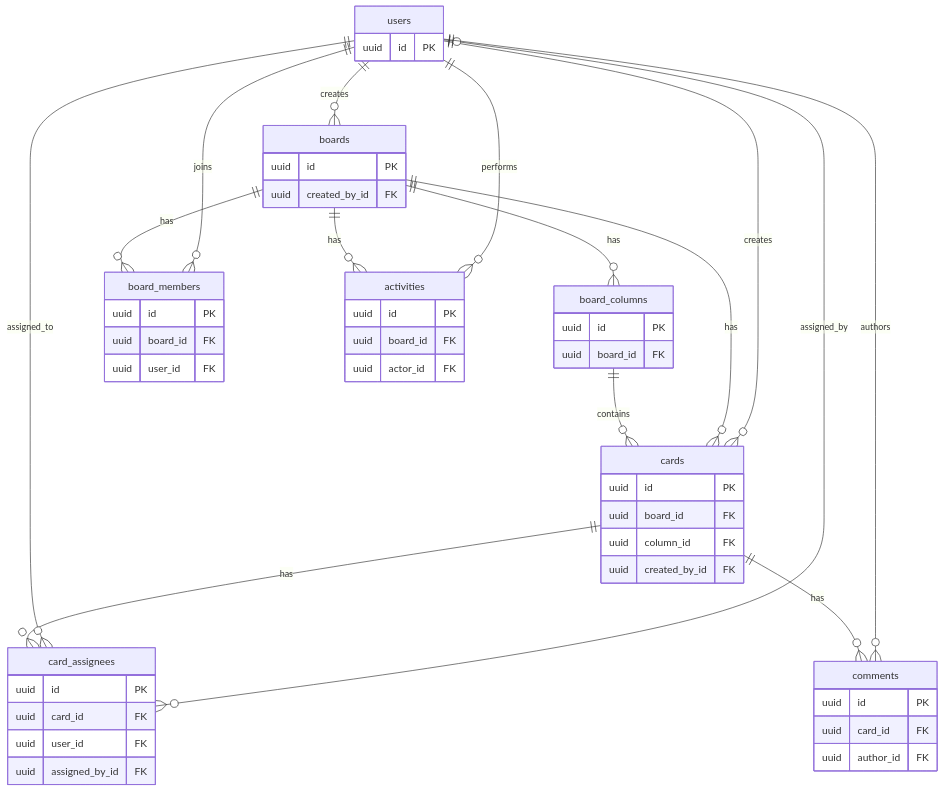
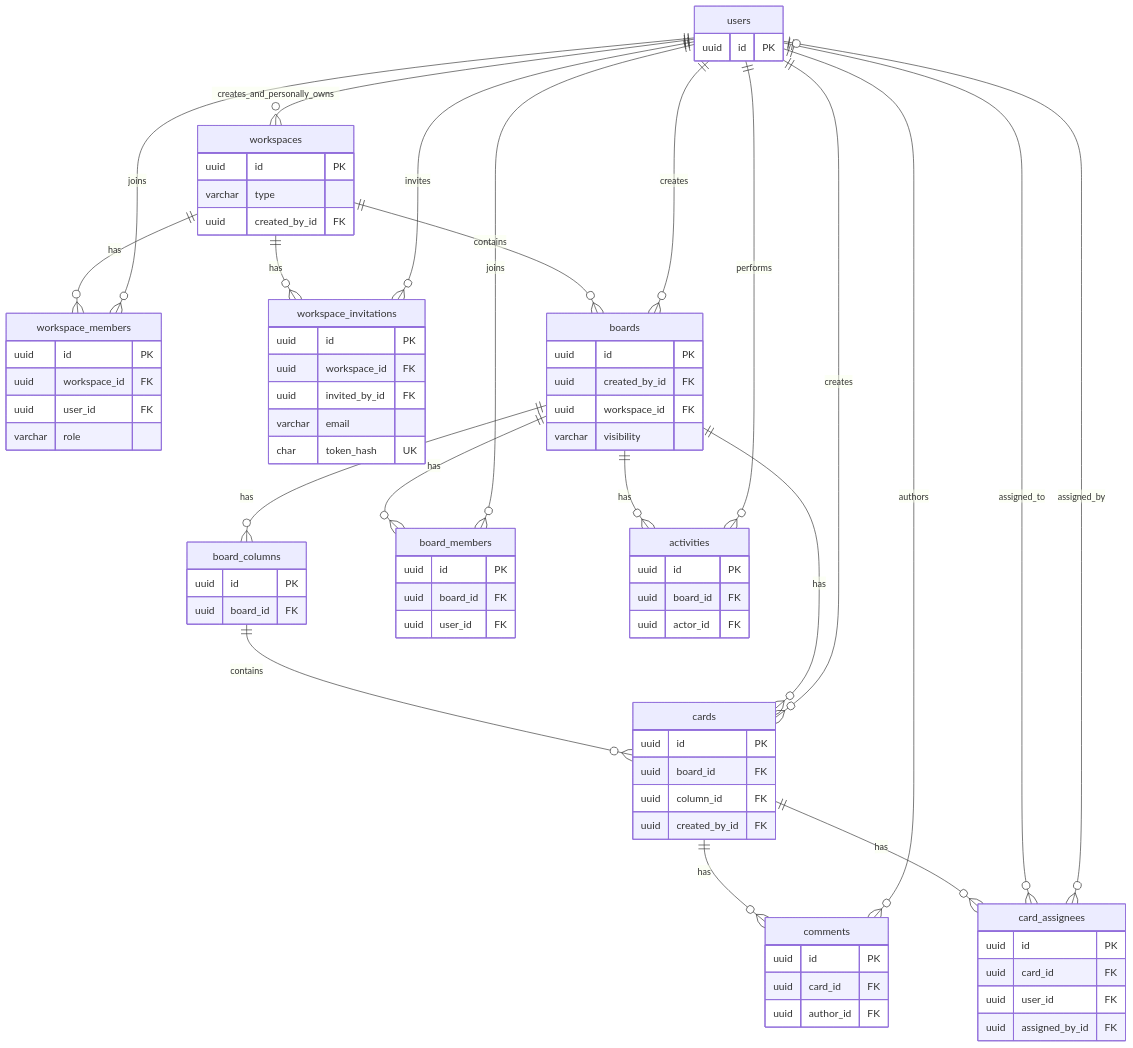
The diagram in docs/architecture/database-design.md (duongkienvn/SE2026-T13), drawn with Mermaid before and after one commit. The commit also changed other lines of this file and 5 other files, not shown here.

Commit message:
docs(workspace): document schema rollout recovery and verification

````diff
--- a/docs/architecture/database-design.md
+++ b/docs/architecture/database-design.md
@@ -11,5 +17,11 @@
 ```mermaid
 erDiagram
+    users ||--o{ workspaces : creates_and_personally_owns
+    workspaces ||--o{ workspace_members : has
+    users ||--o{ workspace_members : joins
+    workspaces ||--o{ workspace_invitations : has
+    users ||--o{ workspace_invitations : invites
+    workspaces ||--o{ boards : contains
     users ||--o{ boards : creates
     boards ||--o{ board_columns : has
     board_columns ||--o{ cards : contains
@@ -33,6 +45,26 @@
     boards {
         uuid id PK
         uuid created_by_id FK
+        uuid workspace_id FK
+        varchar visibility
+    }
+    workspaces {
+        uuid id PK
+        varchar type
+        uuid created_by_id FK
+    }
+    workspace_members {
+        uuid id PK
+        uuid workspace_id FK
+        uuid user_id FK
+        varchar role
+    }
+    workspace_invitations {
+        uuid id PK
+        uuid workspace_id FK
+        uuid invited_by_id FK
+        varchar email
+        char token_hash UK
     }
     board_columns {
         uuid id PK
````
